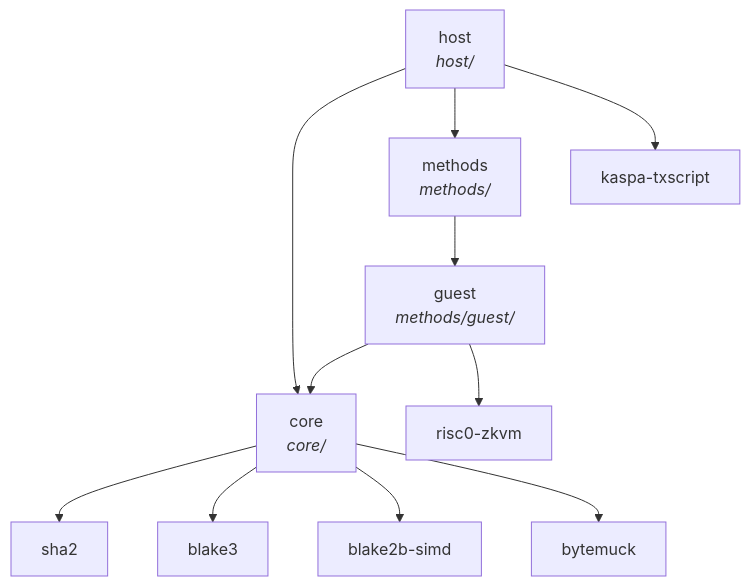
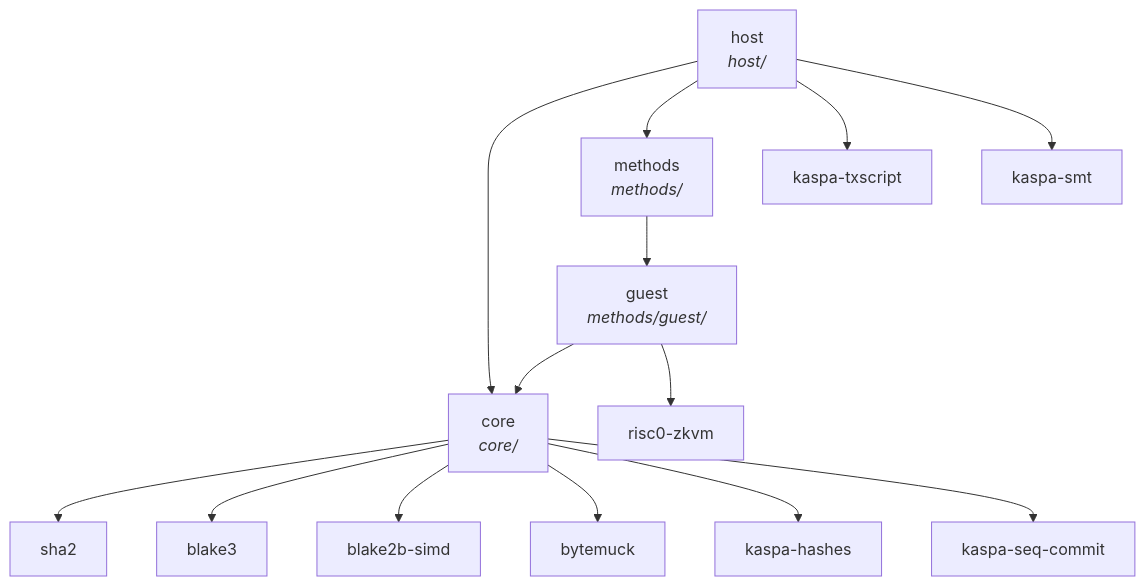
Before and after one commit to biryukovmaxim/rusty-kaspa: the second of 2 diagrams in examples/zk-covenant-rollup/book/src/ch02-architecture.md, drawn with Mermaid. The commit also changed 4 other files, not shown here.

First line of the commit message:
fix stale line references and dependency graph in book

````diff
--- a/examples/zk-covenant-rollup/book/src/ch02-architecture.md
+++ b/examples/zk-covenant-rollup/book/src/ch02-architecture.md
@@ -47,18 +47,21 @@
 ```mermaid
 graph TD
     GUEST["guest<br/><i>methods/guest/</i>"]
     CORE["core<br/><i>core/</i>"]
     METHODS["methods<br/><i>methods/</i>"]
     HOST["host<br/><i>host/</i>"]
 
     GUEST --> CORE
     GUEST --> RISC0_ZKVM["risc0-zkvm"]
     HOST --> CORE
     HOST --> METHODS
     HOST --> KASPA["kaspa-txscript"]
+    HOST --> KASPA_SMT["kaspa-smt"]
     METHODS --> GUEST
     CORE --> SHA2["sha2"]
     CORE --> BLAKE3["blake3"]
     CORE --> BLAKE2B["blake2b-simd"]
     CORE --> BYTEMUCK["bytemuck"]
+    CORE --> KASPA_HASHES["kaspa-hashes"]
+    CORE --> KASPA_SEQ["kaspa-seq-commit"]
 ```
````
